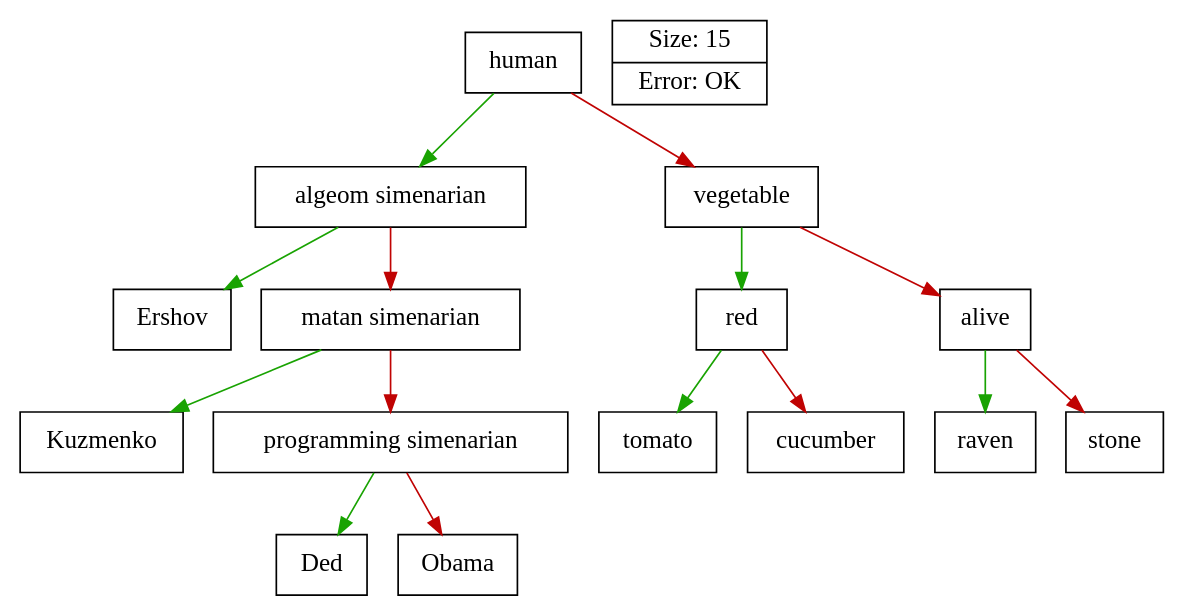
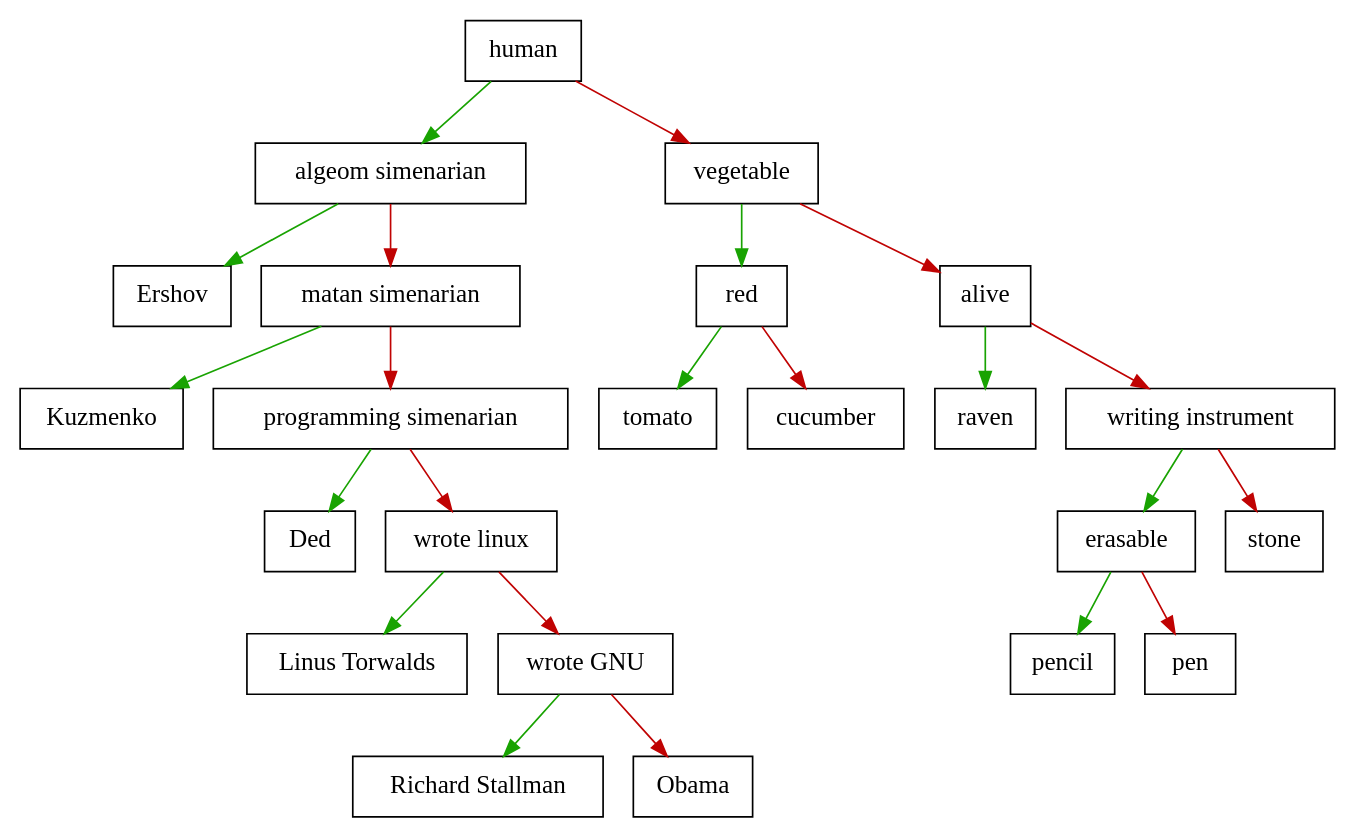
One commit to apselon/Akinator changed the diagram in tree_image.dot. Above: the diagram before and after it, drawn with Graphviz. The commit also changed 3 other files, not shown here.

```diff
--- a/tree_image.dot
+++ b/tree_image.dot
@@ -1,63 +1,95 @@
 digraph List {
 	node [shape="record", fontsize=15] ;
 	rankdir=TB;
-	"0x556235778a10" [label = "{Ershov}"]
-	"0x556235778b50" [label = "{Kuzmenko}"]
-	"0x556235778c90" [label = "{Ded}"]
-	"0x556235778d30" [label = "{Obama}"]
-	"0x556235778bf0" [label = "{programming simenarian}"]
-	"0x556235778ab0" [label = "{matan simenarian}"]
-	"0x556235778970" [label = "{algeom simenarian}"]
-	"0x556235778f10" [label = "{tomato}"]
-	"0x556235778fb0" [label = "{cucumber}"]
-	"0x556235778e70" [label = "{red}"]
-	"0x5562357790f0" [label = "{raven}"]
-	"0x556235779190" [label = "{stone}"]
-	"0x556235779050" [label = "{alive}"]
-	"0x556235778dd0" [label = "{vegetable}"]
-	"0x5562357778c0" [label = "{human}"]
+	"0x55759c07ca10" [label = "{Ershov}"]
+	"0x55759c07cb50" [label = "{Kuzmenko}"]
+	"0x55759c07cc90" [label = "{Ded}"]
+	"0x55759c07cdd0" [label = "{Linus Torwalds}"]
+	"0x55759c07cf10" [label = "{Richard Stallman}"]
+	"0x55759c07cfb0" [label = "{Obama}"]
+	"0x55759c07ce70" [label = "{wrote GNU}"]
+	"0x55759c07cd30" [label = "{wrote linux}"]
+	"0x55759c07cbf0" [label = "{programming simenarian}"]
+	"0x55759c07cab0" [label = "{matan simenarian}"]
+	"0x55759c07c970" [label = "{algeom simenarian}"]
+	"0x55759c07d190" [label = "{tomato}"]
+	"0x55759c07d230" [label = "{cucumber}"]
+	"0x55759c07d0f0" [label = "{red}"]
+	"0x55759c07d370" [label = "{raven}"]
+	"0x55759c07d550" [label = "{pencil}"]
+	"0x55759c07d5f0" [label = "{pen}"]
+	"0x55759c07d4b0" [label = "{erasable}"]
+	"0x55759c07d690" [label = "{stone}"]
+	"0x55759c07d410" [label = "{writing instrument}"]
+	"0x55759c07d2d0" [label = "{alive}"]
+	"0x55759c07d050" [label = "{vegetable}"]
+	"0x55759c07b8c0" [label = "{human}"]
 	edge [color = "#19A302"] ;
-	"0x5562357778c0" -> "0x556235778970";
+	"0x55759c07b8c0" -> "0x55759c07c970";
 	edge [color = "#19A302"] ;
-	"0x556235778970" -> "0x556235778a10";
+	"0x55759c07c970" -> "0x55759c07ca10";
 	edge [color = "#19A302"] ;
 	edge [color = "#C00303"] ;
 	edge [color = "#C00303"] ;
-	"0x556235778970" -> "0x556235778ab0";
+	"0x55759c07c970" -> "0x55759c07cab0";
 	edge [color = "#19A302"] ;
-	"0x556235778ab0" -> "0x556235778b50";
+	"0x55759c07cab0" -> "0x55759c07cb50";
 	edge [color = "#19A302"] ;
 	edge [color = "#C00303"] ;
 	edge [color = "#C00303"] ;
-	"0x556235778ab0" -> "0x556235778bf0";
+	"0x55759c07cab0" -> "0x55759c07cbf0";
 	edge [color = "#19A302"] ;
-	"0x556235778bf0" -> "0x556235778c90";
+	"0x55759c07cbf0" -> "0x55759c07cc90";
 	edge [color = "#19A302"] ;
 	edge [color = "#C00303"] ;
 	edge [color = "#C00303"] ;
-	"0x556235778bf0" -> "0x556235778d30";
+	"0x55759c07cbf0" -> "0x55759c07cd30";
+	edge [color = "#19A302"] ;
+	"0x55759c07cd30" -> "0x55759c07cdd0";
 	edge [color = "#19A302"] ;
 	edge [color = "#C00303"] ;
 	edge [color = "#C00303"] ;
-	"0x5562357778c0" -> "0x556235778dd0";
+	"0x55759c07cd30" -> "0x55759c07ce70";
 	edge [color = "#19A302"] ;
-	"0x556235778dd0" -> "0x556235778e70";
-	edge [color = "#19A302"] ;
-	"0x556235778e70" -> "0x556235778f10";
+	"0x55759c07ce70" -> "0x55759c07cf10";
 	edge [color = "#19A302"] ;
 	edge [color = "#C00303"] ;
 	edge [color = "#C00303"] ;
-	"0x556235778e70" -> "0x556235778fb0";
+	"0x55759c07ce70" -> "0x55759c07cfb0";
 	edge [color = "#19A302"] ;
 	edge [color = "#C00303"] ;
 	edge [color = "#C00303"] ;
-	"0x556235778dd0" -> "0x556235779050";
+	"0x55759c07b8c0" -> "0x55759c07d050";
 	edge [color = "#19A302"] ;
-	"0x556235779050" -> "0x5562357790f0";
+	"0x55759c07d050" -> "0x55759c07d0f0";
+	edge [color = "#19A302"] ;
+	"0x55759c07d0f0" -> "0x55759c07d190";
 	edge [color = "#19A302"] ;
 	edge [color = "#C00303"] ;
 	edge [color = "#C00303"] ;
-	"0x556235779050" -> "0x556235779190";
+	"0x55759c07d0f0" -> "0x55759c07d230";
 	edge [color = "#19A302"] ;
 	edge [color = "#C00303"] ;
-info [label = "{Size: 15 | Error: OK}"]}
+	edge [color = "#C00303"] ;
+	"0x55759c07d050" -> "0x55759c07d2d0";
+	edge [color = "#19A302"] ;
+	"0x55759c07d2d0" -> "0x55759c07d370";
+	edge [color = "#19A302"] ;
+	edge [color = "#C00303"] ;
+	edge [color = "#C00303"] ;
+	"0x55759c07d2d0" -> "0x55759c07d410";
+	edge [color = "#19A302"] ;
+	"0x55759c07d410" -> "0x55759c07d4b0";
+	edge [color = "#19A302"] ;
+	"0x55759c07d4b0" -> "0x55759c07d550";
+	edge [color = "#19A302"] ;
+	edge [color = "#C00303"] ;
+	edge [color = "#C00303"] ;
+	"0x55759c07d4b0" -> "0x55759c07d5f0";
+	edge [color = "#19A302"] ;
+	edge [color = "#C00303"] ;
+	edge [color = "#C00303"] ;
+	"0x55759c07d410" -> "0x55759c07d690";
+	edge [color = "#19A302"] ;
+	edge [color = "#C00303"] ;
+}
```
